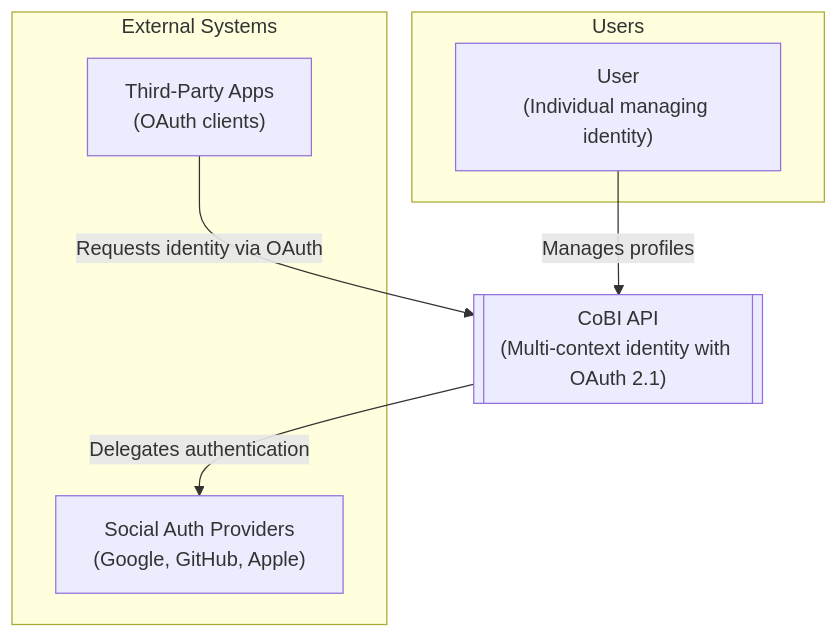
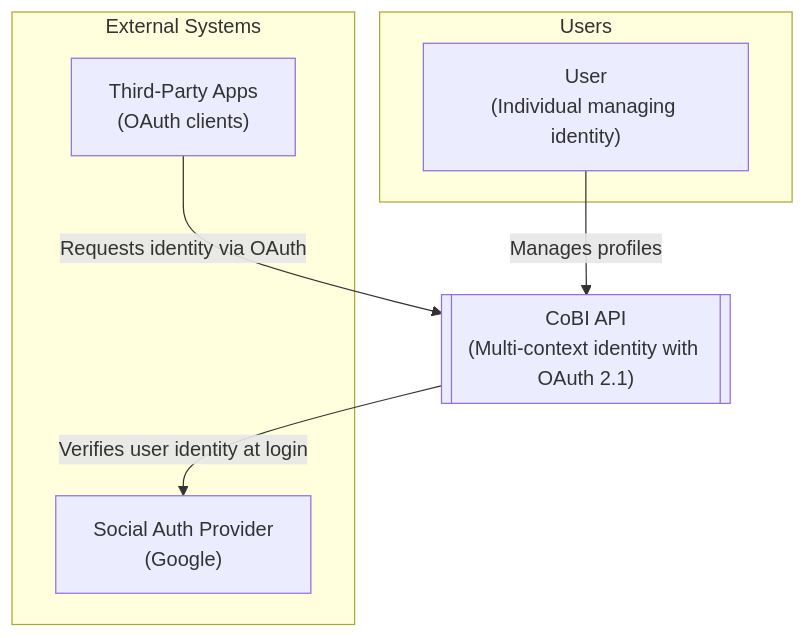
Before and after one commit to mastrolinux/final-project: the second of 4 diagrams in draft-report.qmd, drawn with Mermaid. The commit also changed other lines of this file, not shown here.

````diff
--- a/draft-report.qmd
+++ b/draft-report.qmd
@@ -337,20 +337,20 @@
 ```{mermaid}
 %%| label: fig-context
 %%| fig-cap: "System context diagram"
 %%| fig-width: 6.5
 flowchart TB
     subgraph users["Users"]
         user["User<br>(Individual managing identity)"]
     end
 
     api[["CoBI API<br>(Multi-context identity with OAuth 2.1)"]]
 
     subgraph external["External Systems"]
         thirdparty["Third-Party Apps<br>(OAuth clients)"]
-        social["Social Auth Providers<br>(Google, GitHub, Apple)"]
+        social["Social Auth Provider<br>(Google)"]
     end
 
     user -->|"Manages profiles"| api
     thirdparty -->|"Requests identity via OAuth"| api
-    api -->|"Delegates authentication"| social
+    api -->|"Verifies user identity at login"| social
 ```
````
